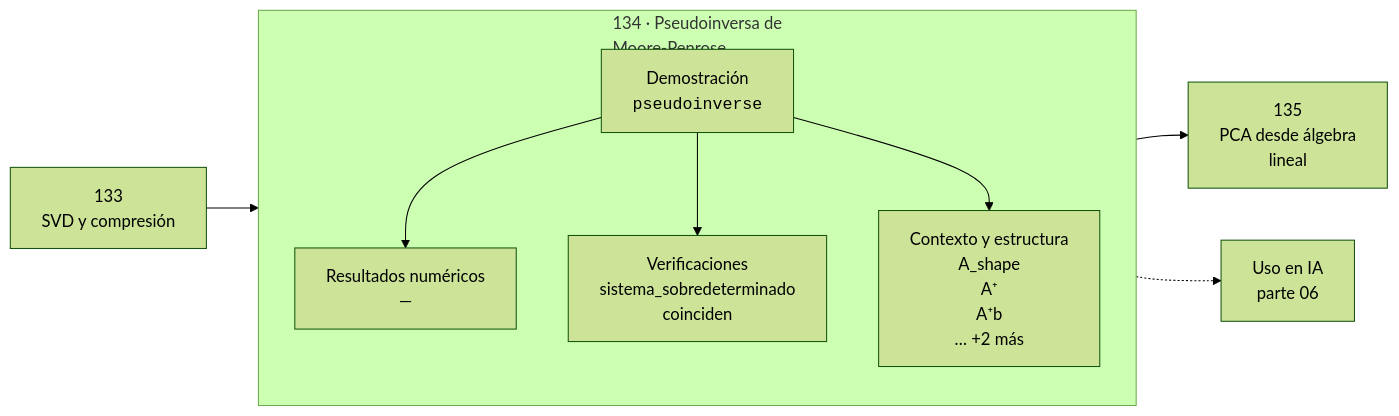
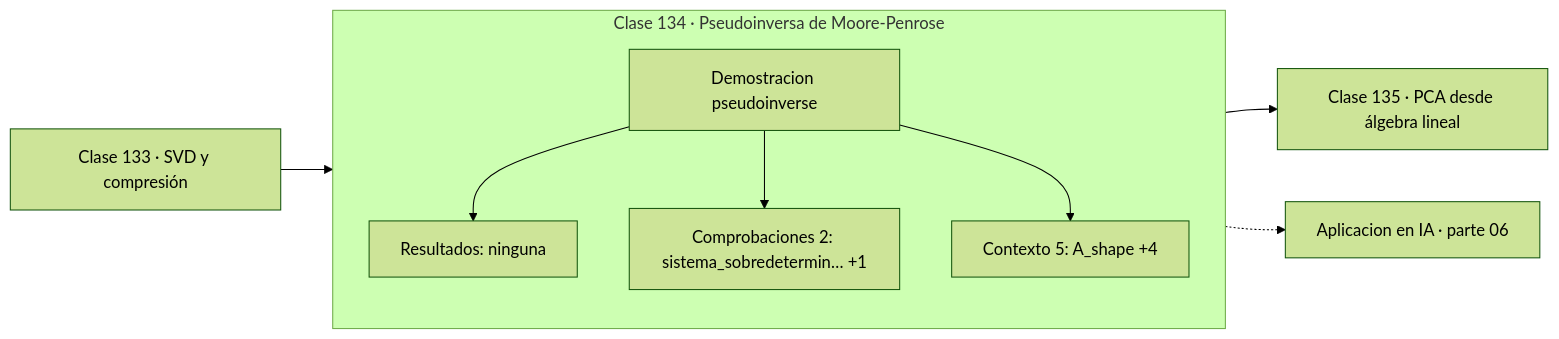
The diagram in classes/part-06-algebra-lineal-ii-descomposiciones-y-tensores/134-pseudoinversa-de-moore-penrose/README.md (vladimiracunadev-create/computational-mathematics-program), drawn with Mermaid (forest theme) before and after one commit. The commit also changed 389 other files, not shown here.

First line of the commit message:
fix(diagramas): elimina el HTML de las etiquetas Mermaid

````diff
--- a/classes/part-06-algebra-lineal-ii-descomposiciones-y-tensores/134-pseudoinversa-de-moore-penrose/README.md
+++ b/classes/part-06-algebra-lineal-ii-descomposiciones-y-tensores/134-pseudoinversa-de-moore-penrose/README.md
@@ -30,12 +30,13 @@
 ```mermaid
 flowchart LR
-    P["133<br/>SVD y compresión"] --> C
-    subgraph C["134 · Pseudoinversa de<br/>Moore-Penrose"]
+    P["Clase 133 · SVD y compresión"] --> D
+    subgraph CLASE["Clase 134 · Pseudoinversa de Moore-Penrose"]
         direction TB
-        D["Demostración<br/><code>pseudoinverse</code>"] --> R["Resultados numéricos<br/>—"]
-        D --> V["Verificaciones<br/>sistema_sobredeterminado<br/>coinciden"]
-        D --> O["Contexto y estructura<br/>A_shape<br/>A⁺<br/>A⁺b<br/>… +2 más"]
+        D["Demostracion pseudoinverse"]
+        D --> R["Resultados: ninguna"]
+        D --> V["Comprobaciones 2: sistema_sobredetermin… +1"]
+        D --> O["Contexto 5: A_shape +4"]
     end
-    C --> N["135<br/>PCA desde álgebra<br/>lineal"]
-    C -.-> IA["Uso en IA<br/>parte 06"]
+    R --> N["Clase 135 · PCA desde álgebra lineal"]
+    V -.-> IA["Aplicacion en IA · parte 06"]
 ```
````
